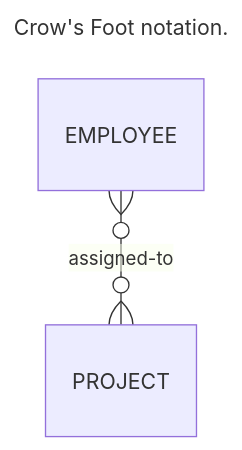
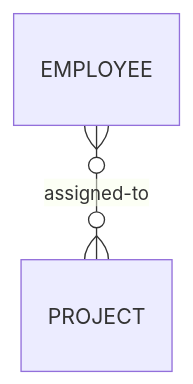
Before and after one commit to dimitri-yatsenko/datajoint-book: the first of 2 diagrams in book/20-concepts/04-workflows.md, drawn with Mermaid. The commit also changed other lines of this file and 6 other files, not shown here.

````diff
--- a/book/20-concepts/04-workflows.md
+++ b/book/20-concepts/04-workflows.md
@@ -86,7 +86,4 @@
 ```{mermaid}
----
-title: Crow's Foot notation.
----
 erDiagram
     EMPLOYEE }o--o{ PROJECT : assigned-to
 ```
````
